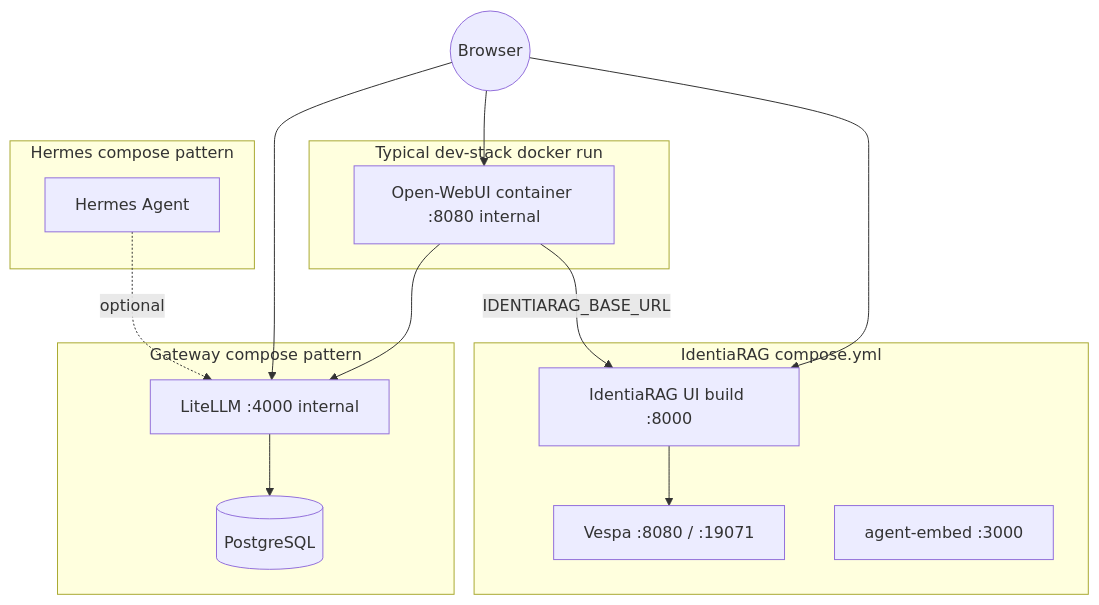
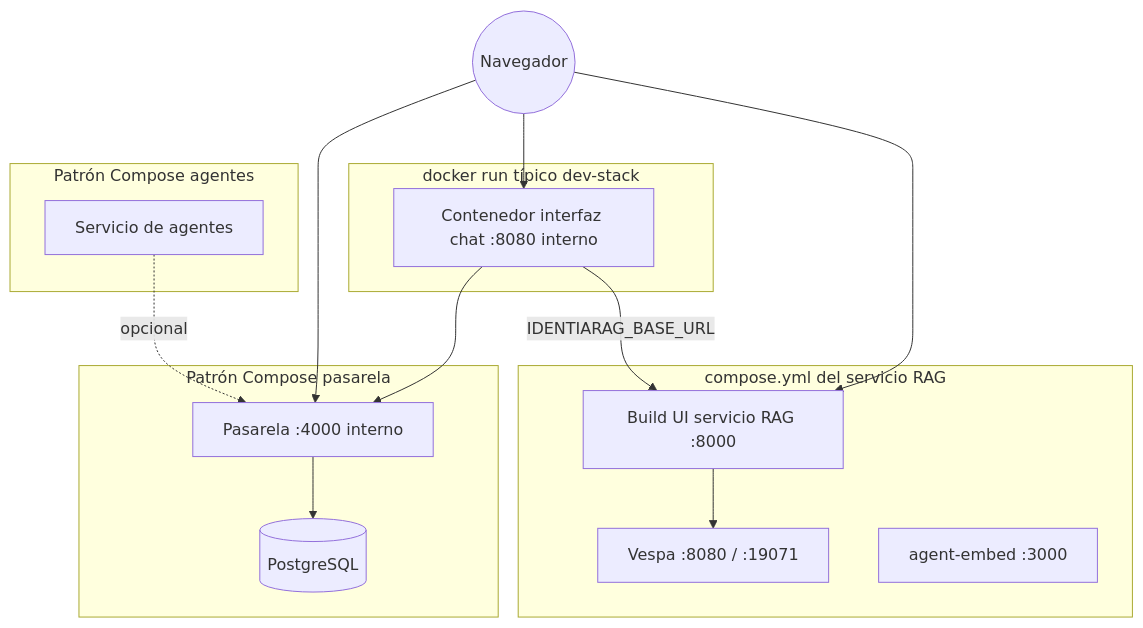
Before and after one commit to 13g4d0/docu-es: the diagram in docs/as-built/c4-containers.md, drawn with Mermaid. The commit also changed other lines of this file and 38 other files, not shown here.

````diff
--- a/docs/as-built/c4-containers.md
+++ b/docs/as-built/c4-containers.md
@@ -5,30 +5,30 @@
 ```mermaid
 flowchart TB
-  subgraph identia_compose [IdentiaRAG compose.yml]
+  subgraph identia_compose [compose.yml del servicio RAG]
     vespa[Vespa :8080 / :19071]
-    ui[IdentiaRAG UI build :8000]
+    ui[Build UI servicio RAG :8000]
     embed[agent-embed :3000]
   end
 
-  subgraph webui_run [Typical dev-stack docker run]
-    webui[Open-WebUI container :8080 internal]
+  subgraph webui_run [docker run típico dev-stack]
+    webui[Contenedor interfaz chat :8080 interno]
   end
 
-  subgraph gateway_stack [Gateway compose pattern]
-    litellm[LiteLLM :4000 internal]
+  subgraph gateway_stack [Patrón Compose pasarela]
+    litellm[Pasarela :4000 interno]
     pg[(PostgreSQL)]
     litellm --> pg
   end
 
-  subgraph hermes_stack [Hermes compose pattern]
-    hermes[Hermes Agent]
+  subgraph hermes_stack [Patrón Compose agentes]
+    hermes[Servicio de agentes]
   end
 
-  browser((Browser)) --> ui
+  browser((Navegador)) --> ui
   browser --> webui
   browser --> litellm
   ui --> vespa
   webui -->|IDENTIARAG_BASE_URL| ui
   webui --> litellm
-  hermes -.->|optional| litellm
+  hermes -.->|opcional| litellm
 ```
````
